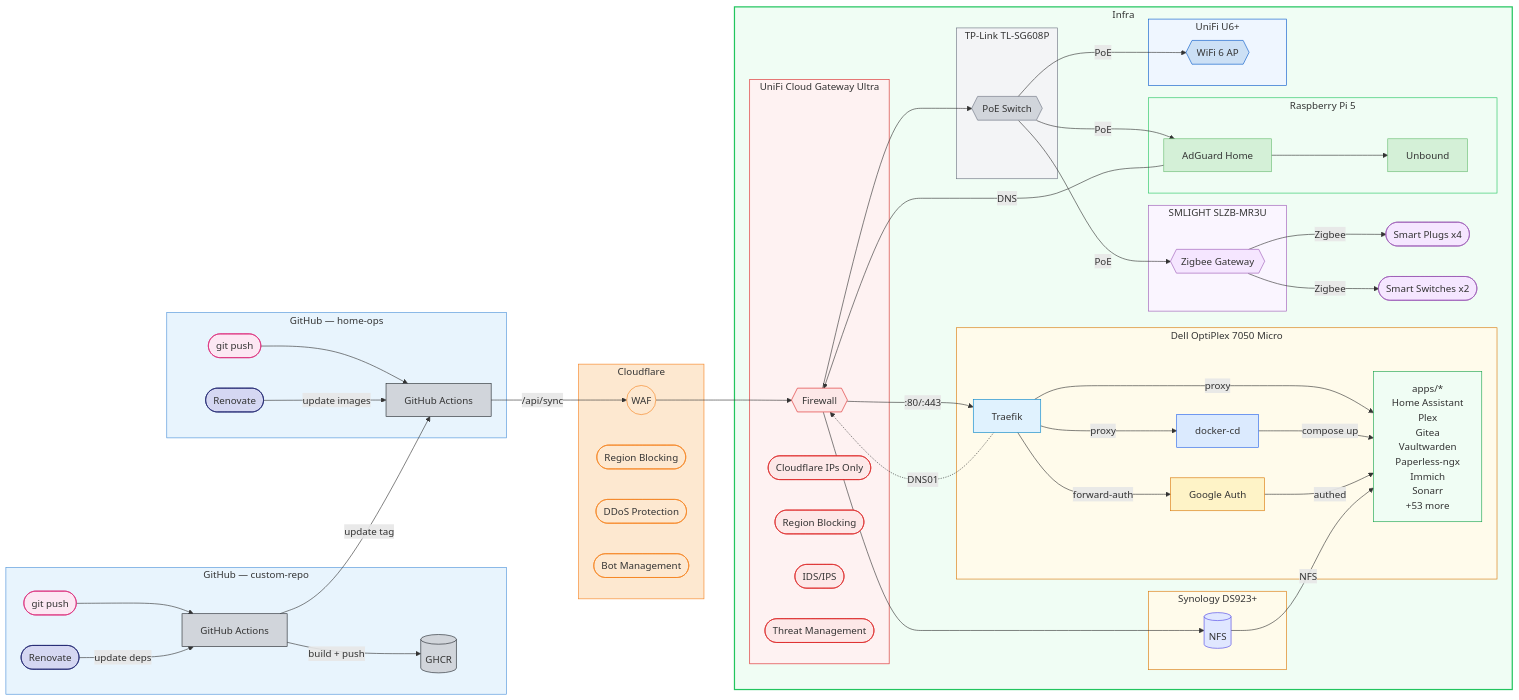
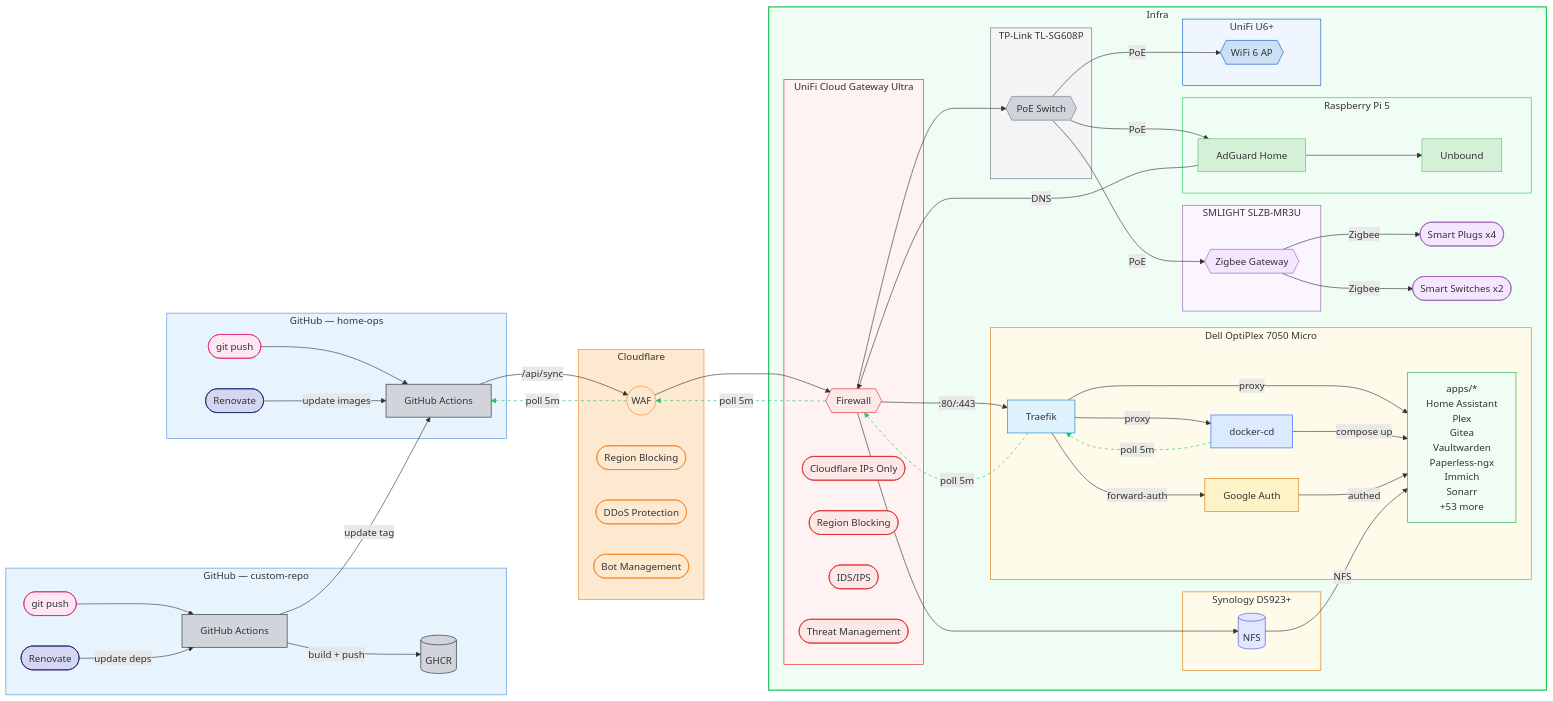
The diagram in README.md (wajeht/home-ops), drawn with Mermaid before and after one commit.

Commit message:
docs: describe docker-cd polling intervals for services

````diff
--- a/README.md
+++ b/README.md
@@ -99,7 +99,7 @@
         poe -->|PoE| ap
     end
 
-    traefik -.->|DNS01| unifi
+    docker_cd -.->|poll 5m| traefik -.->|poll 5m| unifi -.->|poll 5m| cf -.->|poll 5m| ops_ci
 
     style app_repo fill:#e8f4fd,stroke:#4a90d9
     style ops_repo fill:#e8f4fd,stroke:#4a90d9
@@ -140,4 +140,8 @@
     style u6 fill:#eff6ff,stroke:#0559c9
     style plugs fill:#f5e6ff,stroke:#9b59b6,color:#333
     style switches fill:#f5e6ff,stroke:#9b59b6,color:#333
+    linkStyle 24 stroke:#22c55e,stroke-dasharray:5
+    linkStyle 25 stroke:#22c55e,stroke-dasharray:5
+    linkStyle 26 stroke:#22c55e,stroke-dasharray:5
+    linkStyle 27 stroke:#22c55e,stroke-dasharray:5
 ```
````
